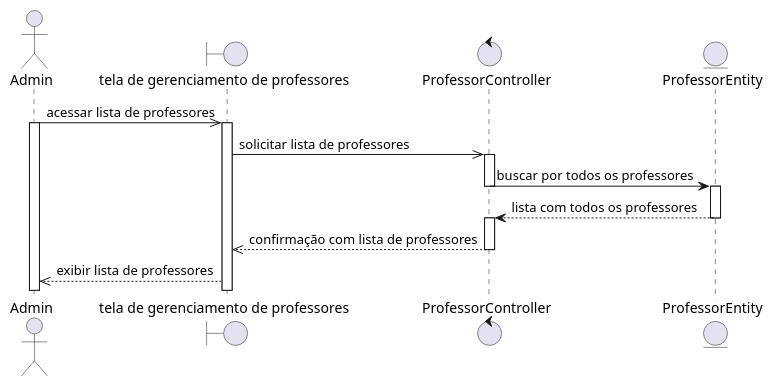
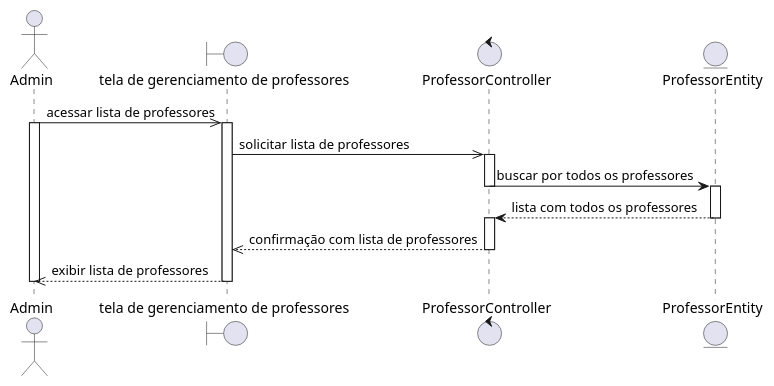
Before and after one commit to rodrigoRolim/CAdiagrams: the diagram in sequence/professor-delete.seq.wsd, drawn with PlantUML. The commit also changed 7 other files, not shown here.

```diff
--- a/sequence/professor-delete.seq.wsd
+++ b/sequence/professor-delete.seq.wsd
@@ -1,21 +1,23 @@
 @startuml
 actor Admin
 boundary "tela de gerenciamento de professores" as professor
 control ProfessorController 
 entity ProfessorEntity
 
 Admin ->> professor: acessar lista de professores
 activate Admin
 activate professor
 professor ->> ProfessorController: solicitar lista de professores
 activate ProfessorController
 ProfessorController -> ProfessorEntity: buscar por todos os professores
 deactivate ProfessorController
 activate ProfessorEntity
 ProfessorEntity --> ProfessorController: lista com todos os professores
 deactivate ProfessorEntity
 activate ProfessorController
 ProfessorController -->> professor: confirmação com lista de professores
 deactivate ProfessorController
 professor -->> Admin: exibir lista de professores 
+deactivate professor
+deactivate Admin
 @enduml
```
